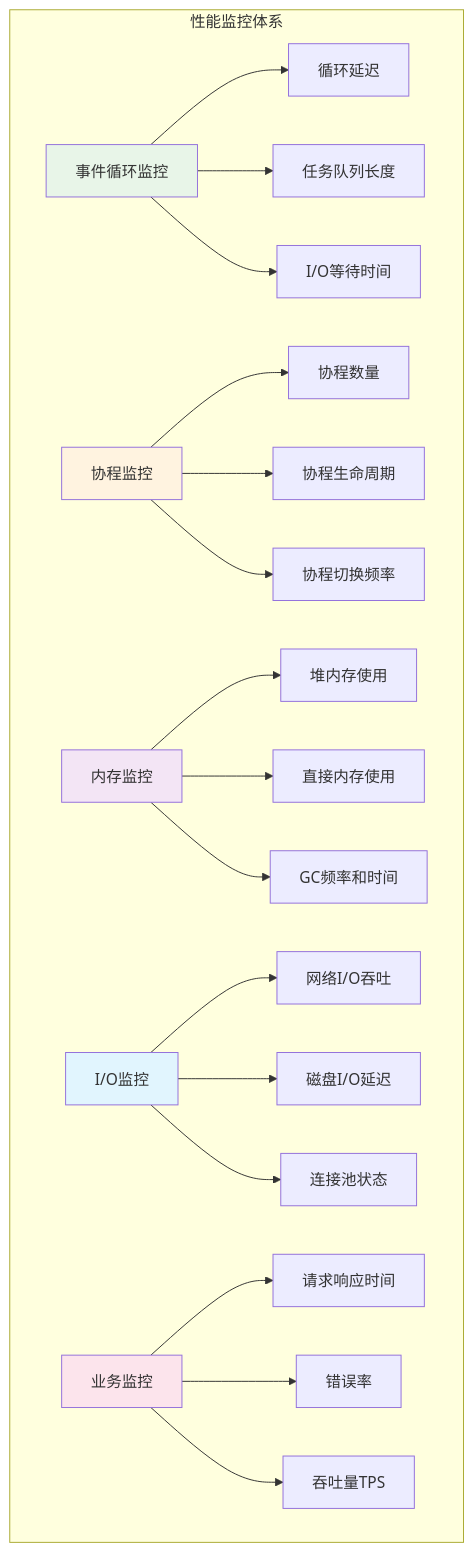
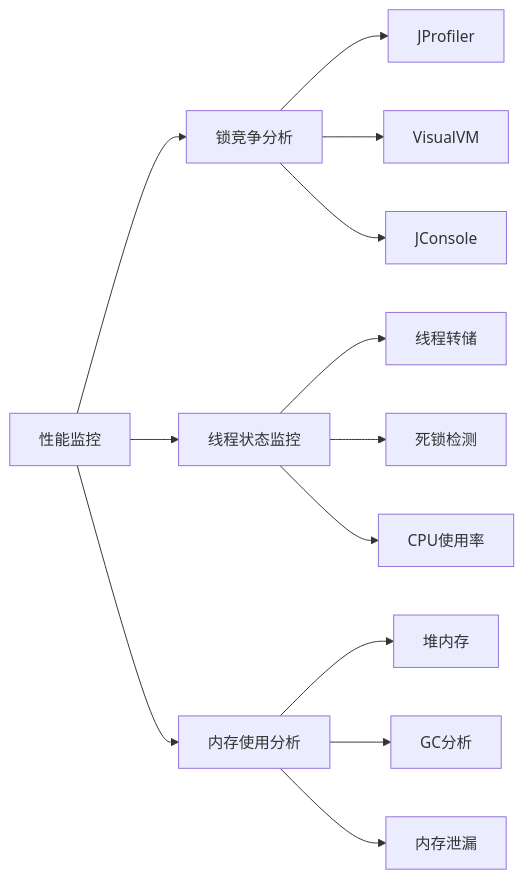
One commit to chongyang211/YCBookBlog changed diagram 19 of 19 in 00.通用技术的提升/README.md. Above: the diagram before and after it, drawn with Mermaid. The commit also changed other lines of this file, not shown here.

````diff
--- a/00.通用技术的提升/README.md
+++ b/00.通用技术的提升/README.md
@@ -937,30 +833,18 @@
 ```mermaid
-graph TB
-    subgraph "性能监控体系"
-        A[事件循环监控] --> A1[循环延迟]
-        A --> A2[任务队列长度]
-        A --> A3[I/O等待时间]
-        
-        B[协程监控] --> B1[协程数量]
-        B --> B2[协程生命周期]
-        B --> B3[协程切换频率]
-        
-        C[内存监控] --> C1[堆内存使用]
-        C --> C2[直接内存使用]
-        C --> C3[GC频率和时间]
-        
-        D[I/O监控] --> D1[网络I/O吞吐]
-        D --> D2[磁盘I/O延迟]
-        D --> D3[连接池状态]
-        
-        E[业务监控] --> E1[请求响应时间]
-        E --> E2[错误率]
-        E --> E3[吞吐量TPS]
-    end
+graph LR
+    A[性能监控] --> B[锁竞争分析]
+    A --> C[线程状态监控]
+    A --> D[内存使用分析]
     
-    style A fill:#e8f5e8
-    style B fill:#fff3e0
-    style C fill:#f3e5f5
-    style D fill:#e1f5fe
-    style E fill:#fce4ec
+    B --> B1[JProfiler]
+    B --> B2[VisualVM]
+    B --> B3[JConsole]
+    
+    C --> C1[线程转储]
+    C --> C2[死锁检测]
+    C --> C3[CPU使用率]
+    
+    D --> D1[堆内存]
+    D --> D2[GC分析]
+    D --> D3[内存泄漏]
 ```
````
